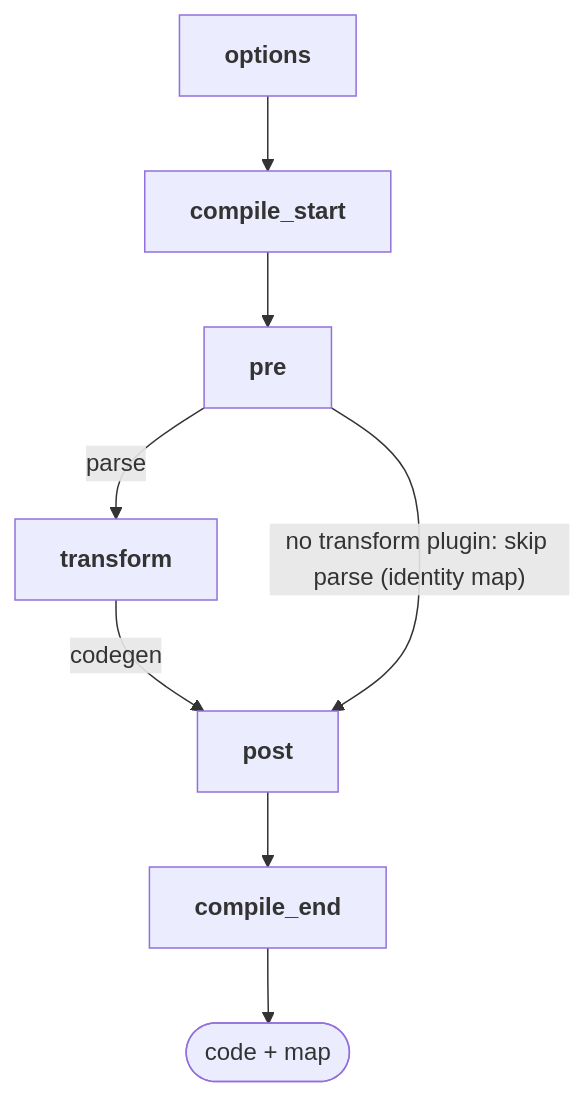
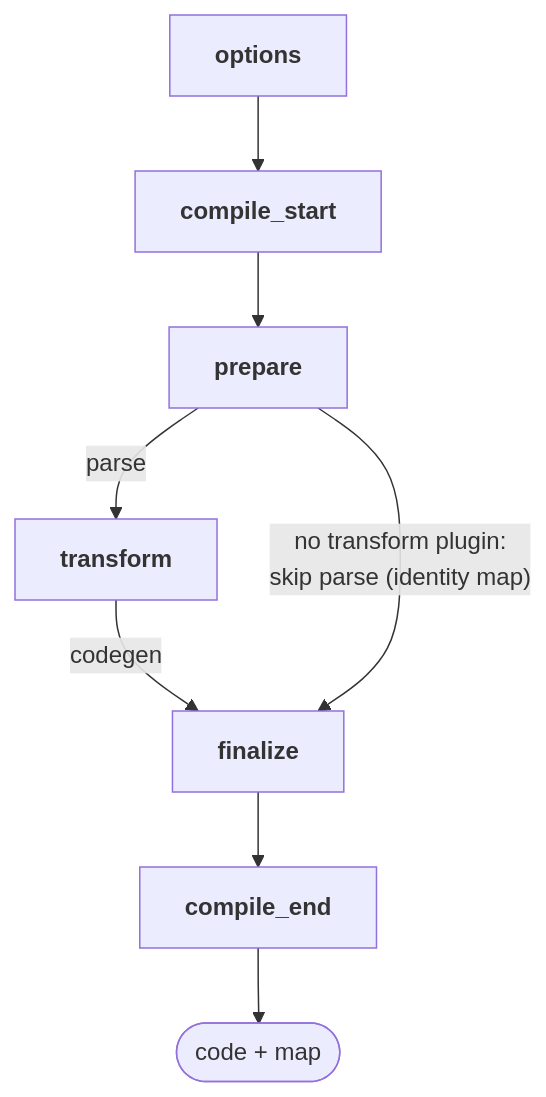
Before and after one commit to telarel/telarel: the second of 4 diagrams in ARCHITECTURE.md, drawn with Mermaid. The commit also changed other lines of this file and 24 other files, not shown here.

Commit message:
refactor(plugin): rename pre/post hooks to prepare/finalize

````diff
--- a/ARCHITECTURE.md
+++ b/ARCHITECTURE.md
@@ -37,16 +37,16 @@
 ```mermaid
 flowchart TD
     Options[<b>options</b>]
     Start[<b>compile_start</b>]
-    Pre[<b>pre</b>]
+    Prepare[<b>prepare</b>]
     Transform[<b>transform</b>]
-    Post[<b>post</b>]
+    Finalize[<b>finalize</b>]
     End[<b>compile_end</b>]
     Output([code + map])
 
-    Options --> Start --> Pre
-    Pre -- "parse" --> Transform
-    Transform -- "codegen" --> Post
-    Post --> End --> Output
-    Pre -- "no transform plugin: skip parse (identity map)" --> Post
+    Options --> Start --> Prepare
+    Prepare -- "parse" --> Transform
+    Transform -- "codegen" --> Finalize
+    Finalize --> End --> Output
+    Prepare -- "no transform plugin:<br/>skip parse (identity map)" --> Finalize
 ```
````
